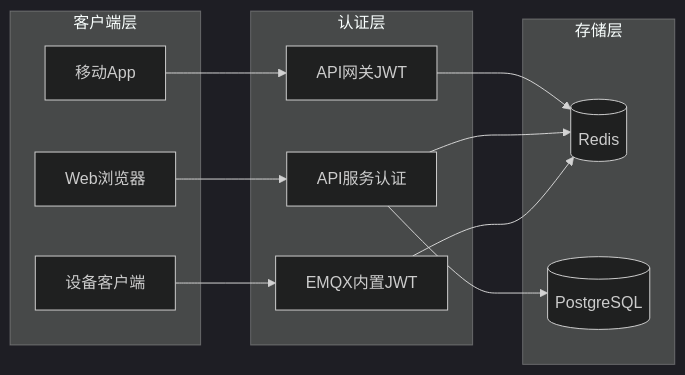
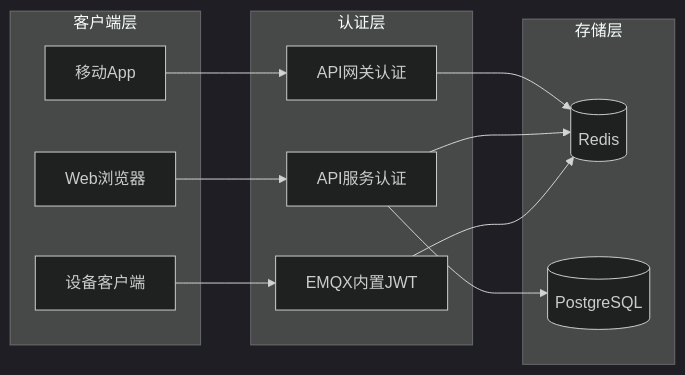
Before and after one commit to mcmrzy/cs_inv_monitor-develop: the fourth of 8 diagrams in .qoder/repowiki/zh/content/API网关服务/JWT认证中间件.md, drawn with Mermaid (dark theme). The commit also changed other lines of this file and 128 other files, not shown here.

````diff
--- a/.qoder/repowiki/zh/content/API网关服务/JWT认证中间件.md
+++ b/.qoder/repowiki/zh/content/API网关服务/JWT认证中间件.md
@@ -139,24 +138,24 @@
 ```mermaid
 graph LR
 subgraph "客户端层"
 Mobile[移动App]
 Web[Web浏览器]
 Device[设备客户端]
 end
 subgraph "认证层"
-API_GW[API网关JWT]
+API_GW[API网关认证]
 API_AUTH[API服务认证]
 EMQX_JWT[EMQX内置JWT]
 end
 subgraph "存储层"
 Redis[(Redis)]
 Postgres[(PostgreSQL)]
 end
 Mobile --> API_GW
 Web --> API_AUTH
 Device --> EMQX_JWT
 API_GW --> Redis
 API_AUTH --> Redis
 API_AUTH --> Postgres
 EMQX_JWT --> Redis
 ```
````
